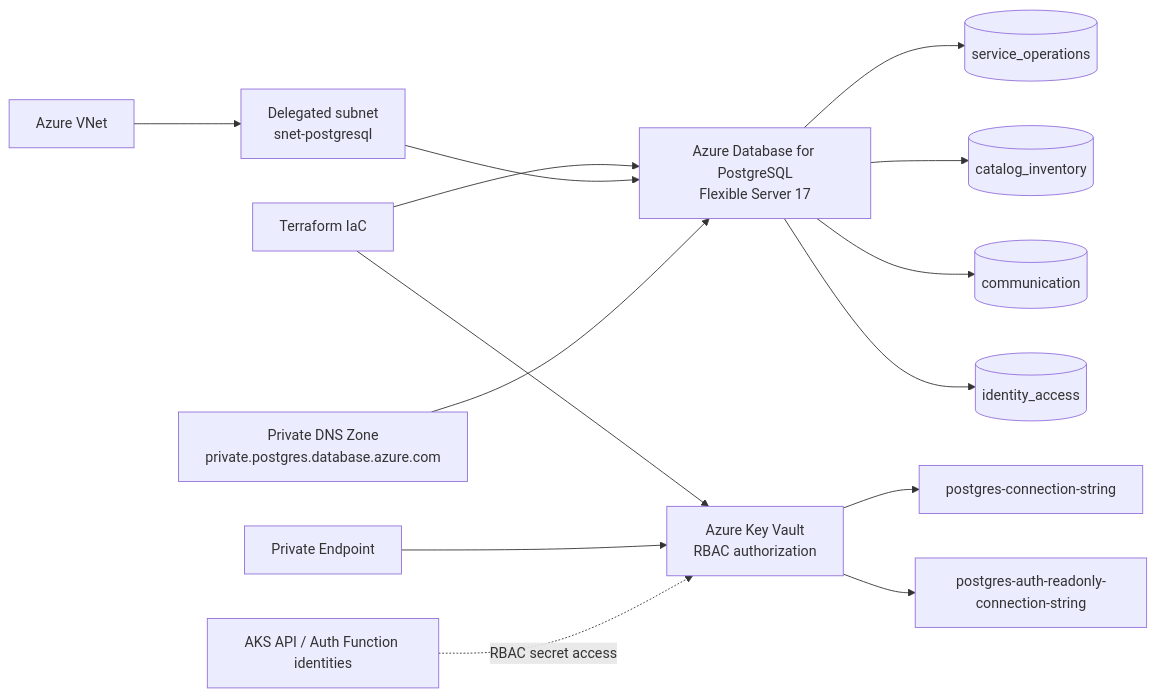
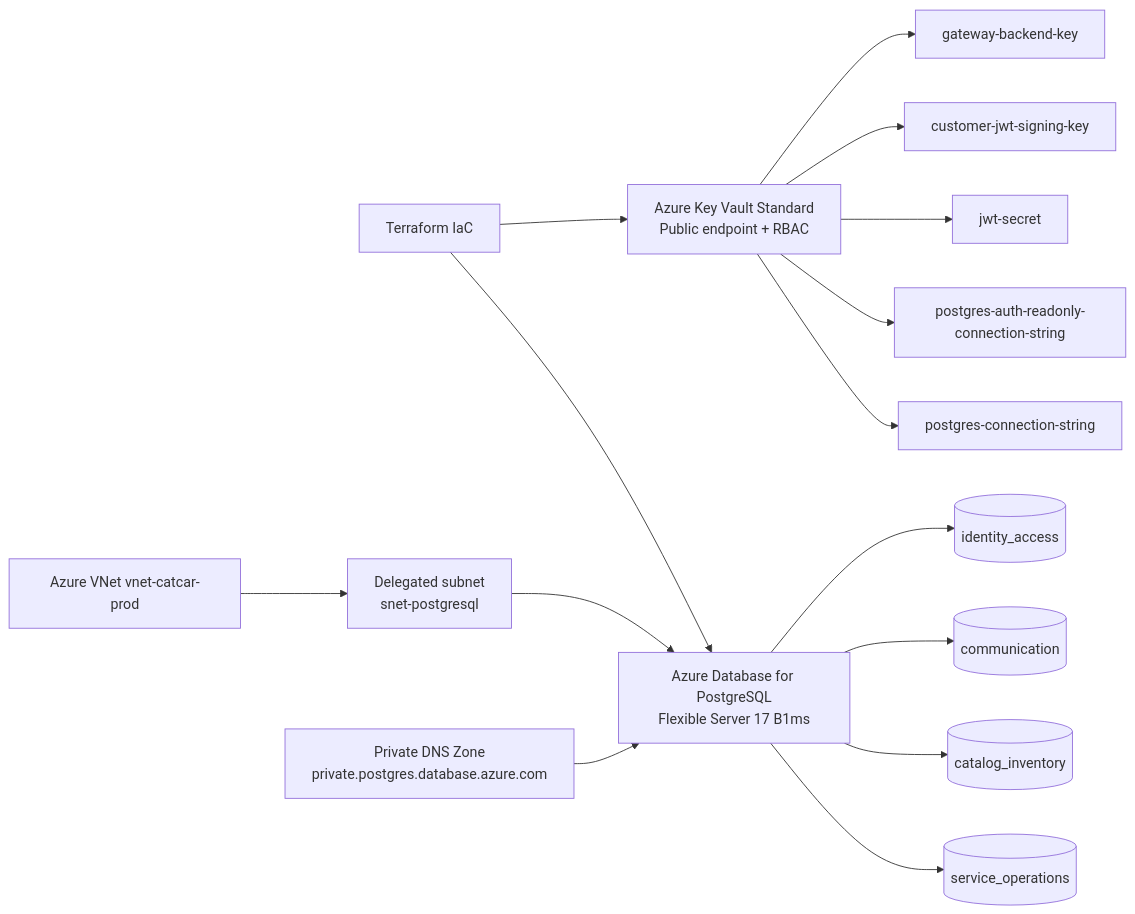
One commit to RiseOn-CatCar/catcar-database-infra changed the diagram in README.md. Above: the diagram before and after it, drawn with Mermaid. The commit also changed other lines of this file and 4 other files, not shown here.

````diff
--- a/README.md
+++ b/README.md
@@ -19,18 +22,19 @@
 ```mermaid
 flowchart LR
-    TF[Terraform IaC] --> PG[Azure Database for PostgreSQL<br/>Flexible Server 17]
-    VNet[Azure VNet] --> Subnet[Delegated subnet<br/>snet-postgresql]
+    TF[Terraform IaC] --> PG[Azure Database for PostgreSQL<br/>Flexible Server 17 B1ms]
+    VNet[Azure VNet vnet-catcar-prod] --> Subnet[Delegated subnet<br/>snet-postgresql]
     Subnet --> PG
     DNS[Private DNS Zone<br/>private.postgres.database.azure.com] --> PG
 
     PG --> SO[(service_operations)]
     PG --> CI[(catalog_inventory)]
     PG --> CO[(communication)]
     PG --> IA[(identity_access)]
 
-    TF --> KV[Azure Key Vault<br/>RBAC authorization]
-    PE[Private Endpoint] --> KV
+    TF --> KV[Azure Key Vault Standard<br/>Public endpoint + RBAC]
     KV --> Secret1[postgres-connection-string]
     KV --> Secret2[postgres-auth-readonly-connection-string]
-    App[AKS API / Auth Function identities] -.RBAC secret access.-> KV
+    KV --> Secret3[jwt-secret]
+    KV --> Secret4[customer-jwt-signing-key]
+    KV --> Secret5[gateway-backend-key]
 ```
````
